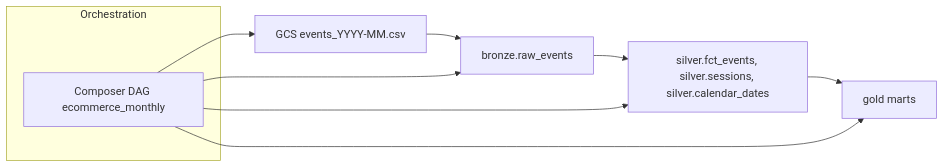
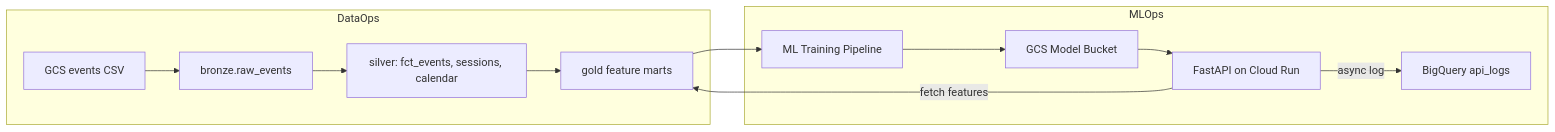
Before and after one commit to AlicjaTomaszewska/ecommerce-gcp-project: the diagram in README.md, drawn with Mermaid. The commit also changed other lines of this file, not shown here.

````diff
--- a/README.md
+++ b/README.md
@@ -22,18 +39,30 @@
 ```mermaid
 flowchart LR
-    CSV[GCS events_YYYY-MM.csv]
+    CSV[GCS events CSV]
     BRZ[bronze.raw_events]
-    SLV[silver.fct_events, silver.sessions, silver.calendar_dates]
-    GLD[gold marts]
+    SLV[silver: fct_events, sessions, calendar]
+    GLD[gold feature marts]
+    TRN[ML Training Pipeline]
+    GCS_M[GCS Model Bucket]
+    API[FastAPI on Cloud Run]
+    MON[BigQuery api_logs]
 
     CSV --> BRZ --> SLV --> GLD
+    GLD --> TRN --> GCS_M --> API
+    API -->|async log| MON
+    API -->|fetch features| GLD
 
-    subgraph Orchestration
-        CMP[Composer DAG ecommerce_monthly]
+    subgraph DataOps
+        CSV
+        BRZ
+        SLV
+        GLD
     end
 
-    CMP --> CSV
-    CMP --> BRZ
-    CMP --> SLV
-    CMP --> GLD
+    subgraph MLOps
+        TRN
+        GCS_M
+        API
+        MON
+    end
 ```
````
